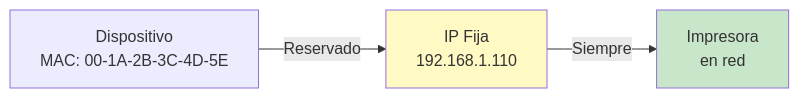
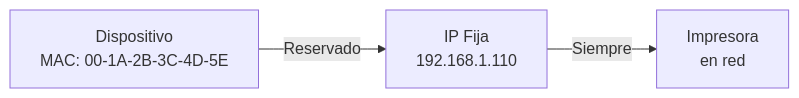
One commit to chacaejosue/UAGRM-Semestre-I-2026 changed the tenth of 11 diagrams in INF423-Redes-II/Apuntes/2026-03-24-Segunda-Clase.md. Above: the diagram before and after it, drawn with Mermaid. The commit also changed other lines of this file, not shown here.

Commit message:
Corregir problemas en los diagramas con poco contraste

````diff
--- a/INF423-Redes-II/Apuntes/2026-03-24-Segunda-Clase.md
+++ b/INF423-Redes-II/Apuntes/2026-03-24-Segunda-Clase.md
@@ -471,8 +462,5 @@
 ```mermaid
 graph LR
     A["Dispositivo<br/>MAC: 00-1A-2B-3C-4D-5E"] -->|"Reservado"| B["IP Fija<br/>192.168.1.110"]
     B -->|"Siempre"| C["Impresora<br/>en red"]
-    
-    style B fill:#fff9c4
-    style C fill:#c8e6c9
 ```
````
